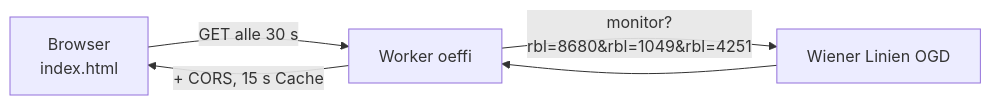
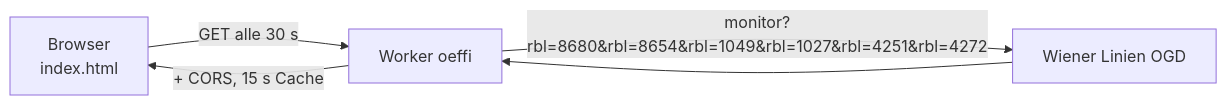
One commit to marioaininger-bot/oeffi changed the diagram in README.md. Above: the diagram before and after it, drawn with Mermaid. The commit also changed other lines of this file and 2 other files, not shown here.

````diff
--- a/README.md
+++ b/README.md
@@ -24,6 +24,6 @@
 ```mermaid
 flowchart LR
   B[Browser<br/>index.html] -- "GET alle 30 s" --> W[Worker oeffi]
-  W -- "monitor?rbl=8680&rbl=1049&rbl=4251" --> WL[Wiener Linien OGD]
+  W -- "monitor?rbl=8680&rbl=8654&rbl=1049&rbl=1027&rbl=4251&rbl=4272" --> WL[Wiener Linien OGD]
   WL --> W -- "+ CORS, 15 s Cache" --> B
 ```
````
